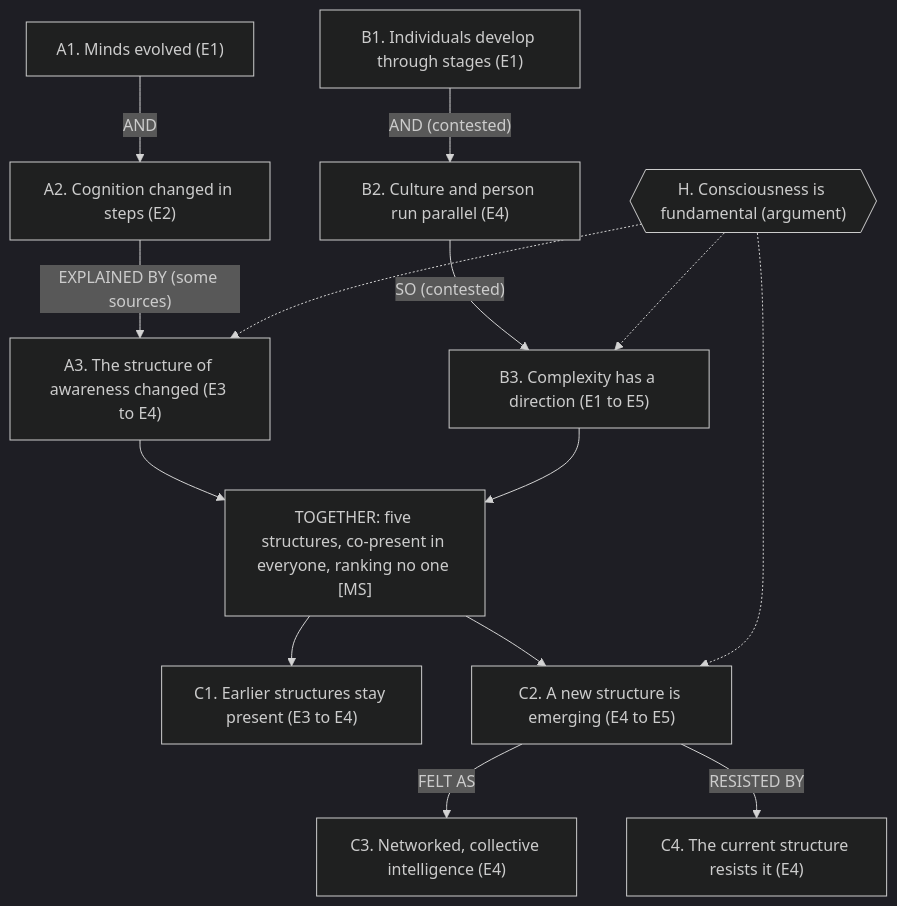
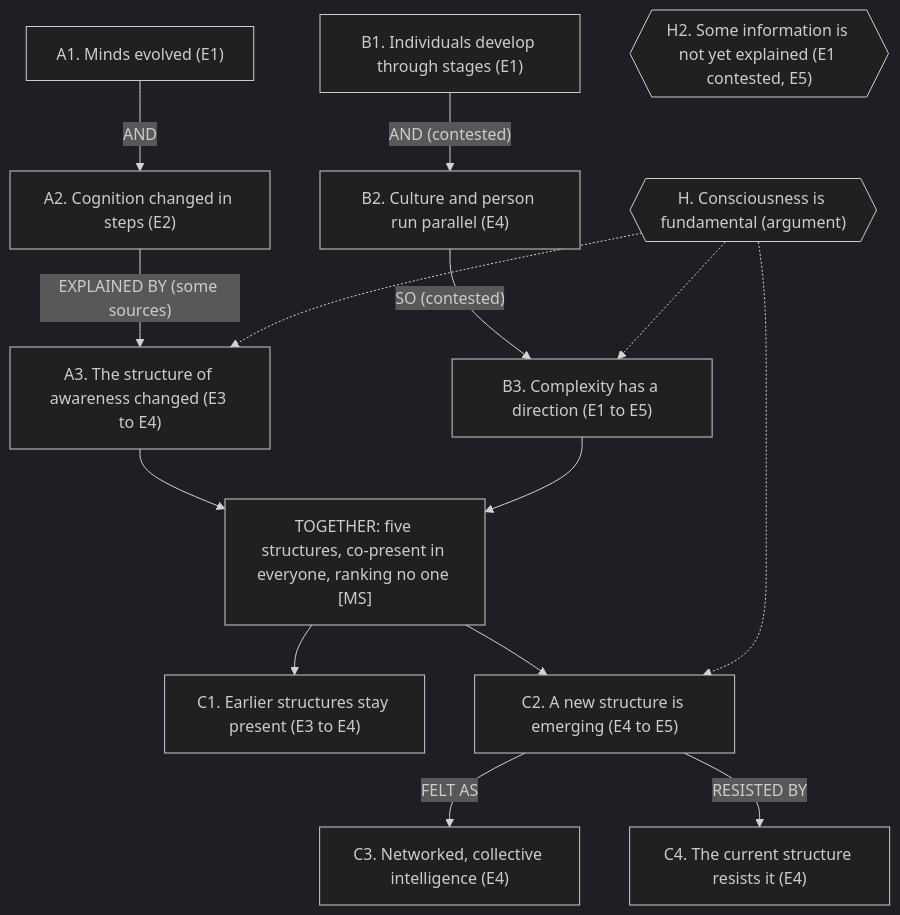
The diagram in content/research/evolution-of-consciousness/grid.md (mbh66/wiki), drawn with Mermaid (dark theme) before and after one commit. The commit also changed other lines of this file and 143 other files, not shown here.

````diff
--- a/content/research/evolution-of-consciousness/grid.md
+++ b/content/research/evolution-of-consciousness/grid.md
@@ -67,16 +67,17 @@
 ```mermaid
 flowchart TD
   A1["A1. Minds evolved (E1)"] -->|AND| A2["A2. Cognition changed in steps (E2)"]
   A2 -->|"EXPLAINED BY (some sources)"| A3["A3. The structure of awareness changed (E3 to E4)"]
   B1["B1. Individuals develop through stages (E1)"] -->|"AND (contested)"| B2["B2. Culture and person run parallel (E4)"]
   B2 -->|"SO (contested)"| B3["B3. Complexity has a direction (E1 to E5)"]
   A3 --> T["TOGETHER: five structures, co-present in everyone, ranking no one [MS]"]
   B3 --> T
   T --> C1["C1. Earlier structures stay present (E3 to E4)"]
   T --> C2["C2. A new structure is emerging (E4 to E5)"]
   C2 -->|FELT AS| C3["C3. Networked, collective intelligence (E4)"]
   C2 -->|RESISTED BY| C4["C4. The current structure resists it (E4)"]
   H{{"H. Consciousness is fundamental (argument)"}} -.-> A3
   H -.-> B3
   H -.-> C2
+  H2{{"H2. Some information is not yet explained (E1 contested, E5)"}}
 ```
````
